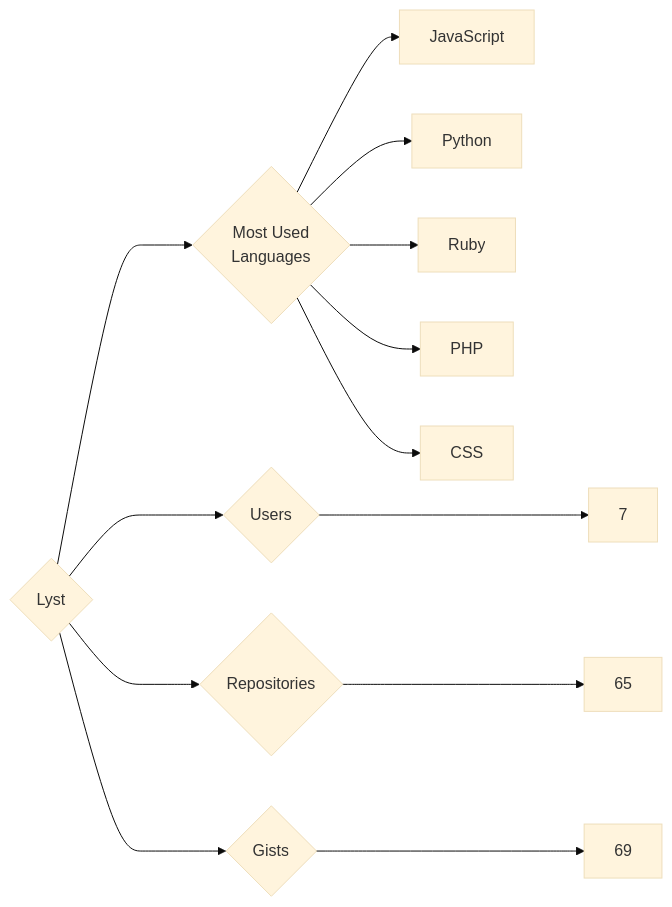
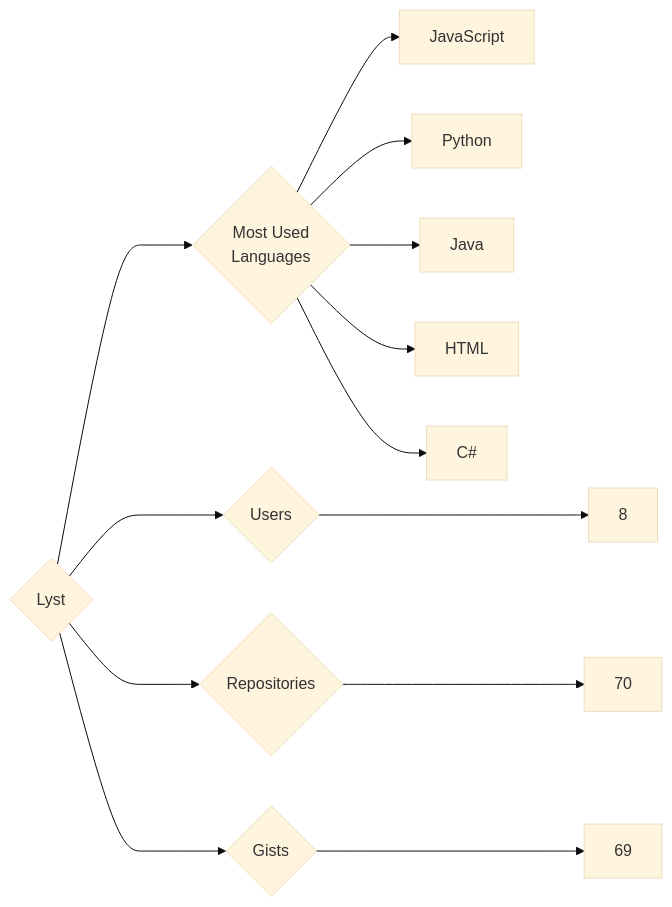
The diagram in targets/Lyst/README.md (trickest/insiders), drawn with Mermaid (base theme) before and after one commit. The commit also changed 895 other files, not shown here.

````diff
--- a/targets/Lyst/README.md
+++ b/targets/Lyst/README.md
@@ -3,13 +3,13 @@
 ```mermaid
 graph LR
 COMPANY_NAME{Lyst}
-COMPANY_NAME ---> U{Users} ---> UN[7]
-COMPANY_NAME ---> R{Repositories} ---> RN[65]
+COMPANY_NAME ---> U{Users} ---> UN[8]
+COMPANY_NAME ---> R{Repositories} ---> RN[70]
 COMPANY_NAME ---> G{Gists} ---> GN[69]
 COMPANY_NAME ---> ML{Most Used<br>Languages}
 ML --> JavaScript[JavaScript]
 ML --> Python[Python]
-ML --> Ruby[Ruby]
-ML --> PHP[PHP]
-ML --> CSS[CSS]
+ML --> Java[Java]
+ML --> HTML[HTML]
+ML --> C#[C#]
 ```
````
